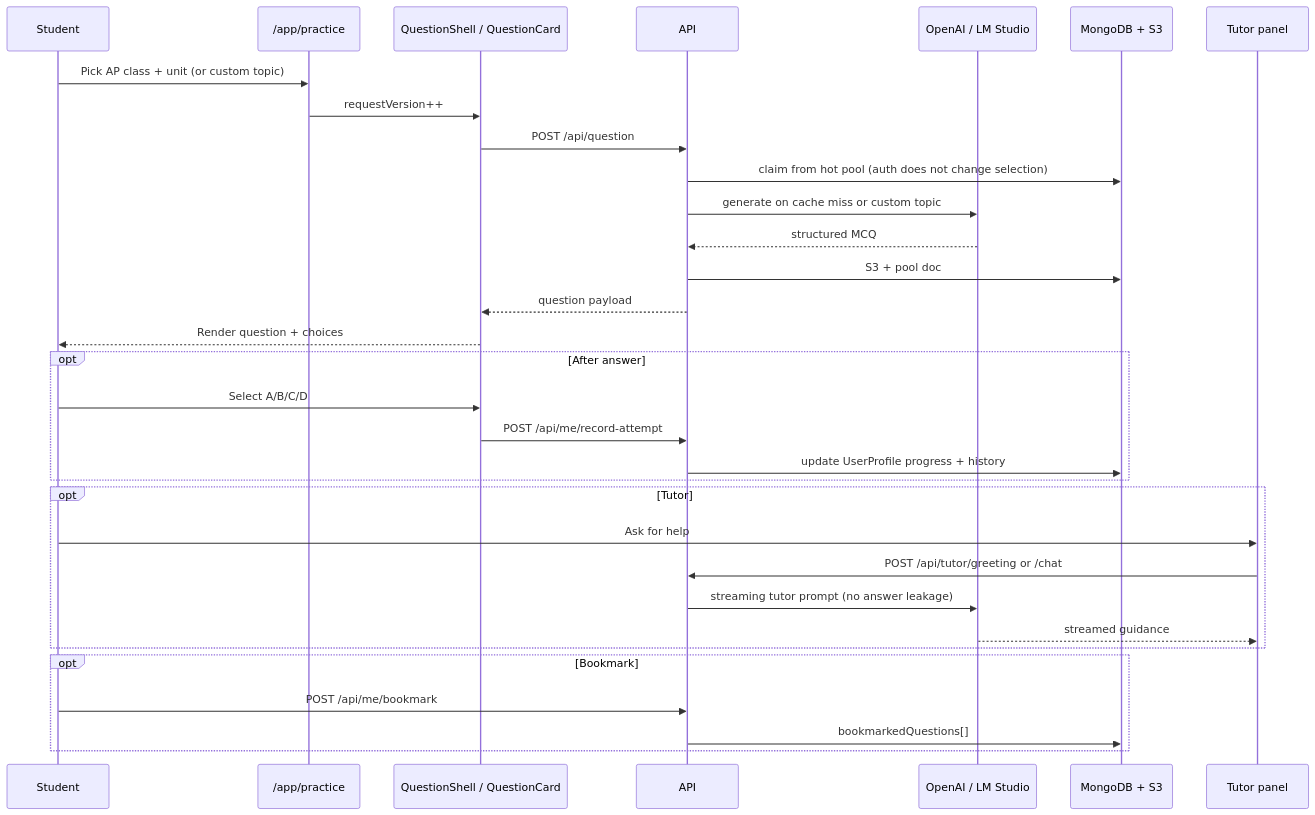
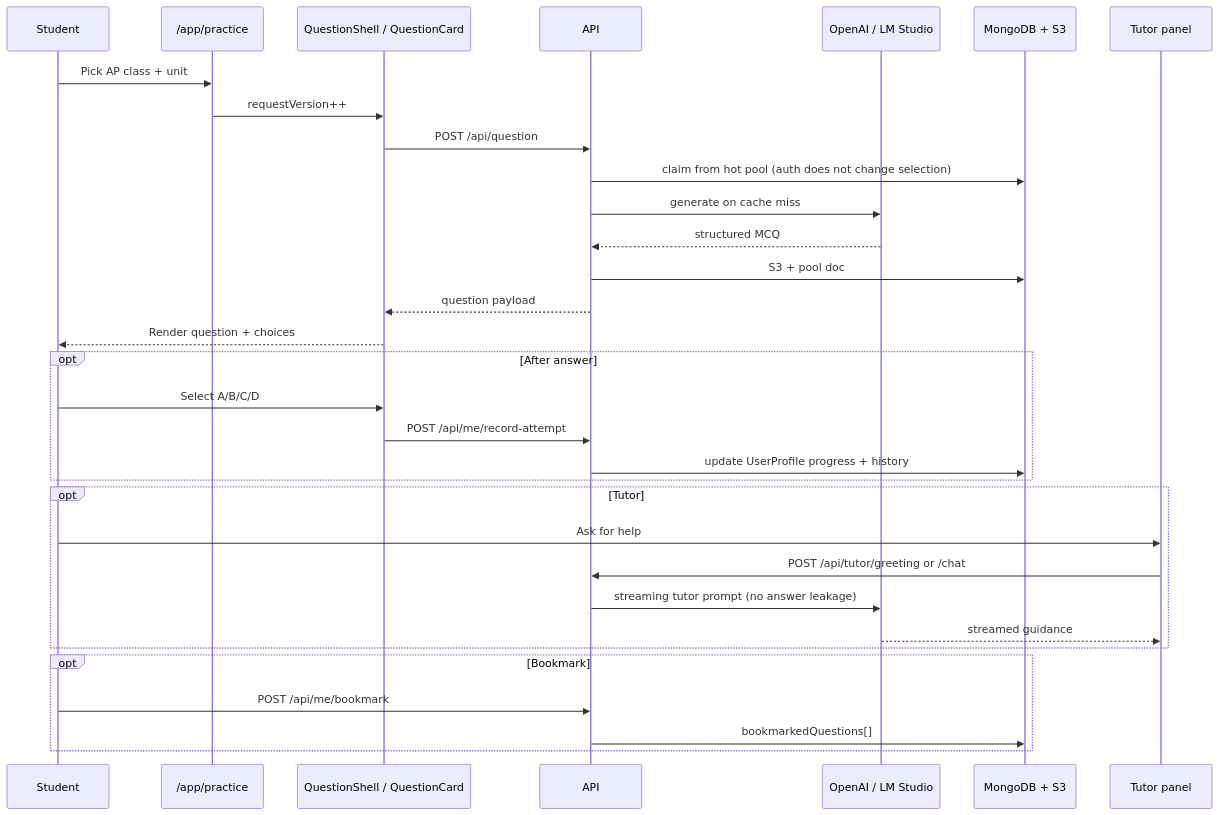
The sixth of 7 diagrams in docs/architecture.md (5cisummai/freeappractice), drawn with Mermaid before and after one commit. The commit also changed other lines of this file and 27 other files, not shown here.

First line of the commit message:
Remove custom-topic generation and feature flags (DEV-34).

````diff
--- a/docs/architecture.md
+++ b/docs/architecture.md
@@ -223,38 +221,38 @@
 ```mermaid
 sequenceDiagram
     participant U as Student
     participant App as /app/practice
     participant QS as QuestionShell / QuestionCard
     participant API as API
     participant AI as OpenAI / LM Studio
     participant DB as MongoDB + S3
     participant Tutor as Tutor panel
 
-    U->>App: Pick AP class + unit (or custom topic)
+    U->>App: Pick AP class + unit
     App->>QS: requestVersion++
     QS->>API: POST /api/question
     API->>DB: claim from hot pool (auth does not change selection)
-    API->>AI: generate on cache miss or custom topic
+    API->>AI: generate on cache miss
     AI-->>API: structured MCQ
     API->>DB: S3 + pool doc
     API-->>QS: question payload
     QS-->>U: Render question + choices
 
     opt After answer
         U->>QS: Select A/B/C/D
         QS->>API: POST /api/me/record-attempt
         API->>DB: update UserProfile progress + history
     end
 
     opt Tutor
         U->>Tutor: Ask for help
         Tutor->>API: POST /api/tutor/greeting or /chat
         API->>AI: streaming tutor prompt (no answer leakage)
         AI-->>Tutor: streamed guidance
     end
 
     opt Bookmark
         U->>API: POST /api/me/bookmark
         API->>DB: bookmarkedQuestions[]
     end
 ```
````
